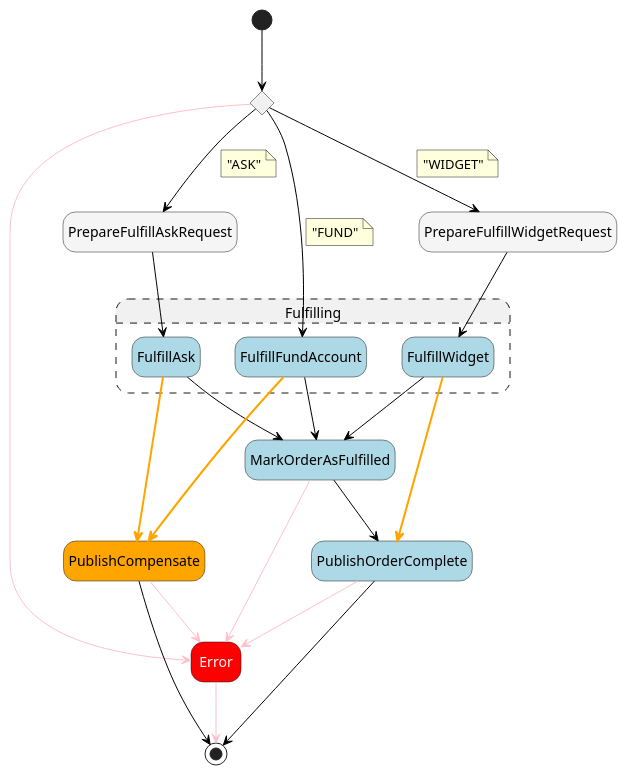
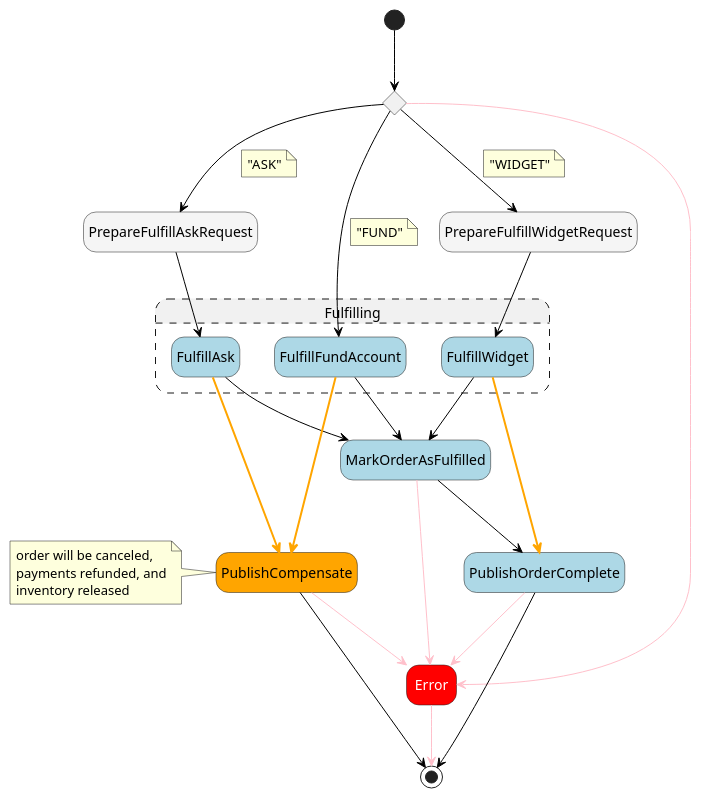
One commit to massfords/asl-puml changed the diagram in src/__tests__/pumls/demo.asl.puml. Above: the diagram before and after it, drawn with PlantUML. The commit also changed 10 other files, not shown here.

```diff
--- a/src/__tests__/pumls/demo.asl.puml
+++ b/src/__tests__/pumls/demo.asl.puml
@@ -1,60 +1,65 @@
 @startuml
 hide empty description
 skinparam ArrowColor #black
 skinparam state {
 
     BackgroundColor<<Choice>> #whitesmoke
     FontColor<<Choice>> automatic
 
     BackgroundColor<<aslFail>> #red
     FontColor<<aslFail>> automatic
 
     BackgroundColor<<aslPass>> #whitesmoke
     FontColor<<aslPass>> automatic
 
     BackgroundColor<<aslTask>> #lightblue
     FontColor<<aslTask>> automatic
     BackgroundColor<<Compensate>> #orange
 }
 state "Fulfilling" as compositeState1 ##[dashed] {
 state "FulfillWidget" as state4<<aslTask>>
 state "FulfillAsk" as state5<<aslTask>>
 state "FulfillFundAccount" as state6<<aslTask>>
 }
 state "Dispatch by type of item" as state1<<Choice>>
 state "PrepareFulfillWidgetRequest" as state2<<aslPass>>
 state "PrepareFulfillAskRequest" as state3<<aslPass>>
 state "MarkOrderAsFulfilled" as state7<<aslTask>>
 state "Error" as state8<<aslFail>>
 state "PublishOrderComplete" as state9<<aslTask>>
 state "PublishCompensate" as state10<<Compensate>>
+note left
+  order will be canceled,
+  payments refunded, and
+  inventory released
+end note
 [*] --> state1
 state1 --> state2
 note on link
 "WIDGET"
 end note
 state1 --> state3
 note on link
 "ASK"
 end note
 state1 --> state6
 note on link
 "FUND"
 end note
 state1 -[#pink]-> state8
 state2 --> state4
 state3 --> state5
 state4 --> state7
 state4 -[bold,#orange]-> state9
 state5 --> state7
 state5 -[bold,#orange]-> state10
 state6 --> state7
 state6 -[bold,#orange]-> state10
 state7 --> state9
 state7 -[#pink]-> state8
 state8 -[#pink]-> [*]
 state9 --> [*]
 state9 -[#pink]-> state8
 state10 --> [*]
 state10 -[#pink]-> state8
 @enduml
```
